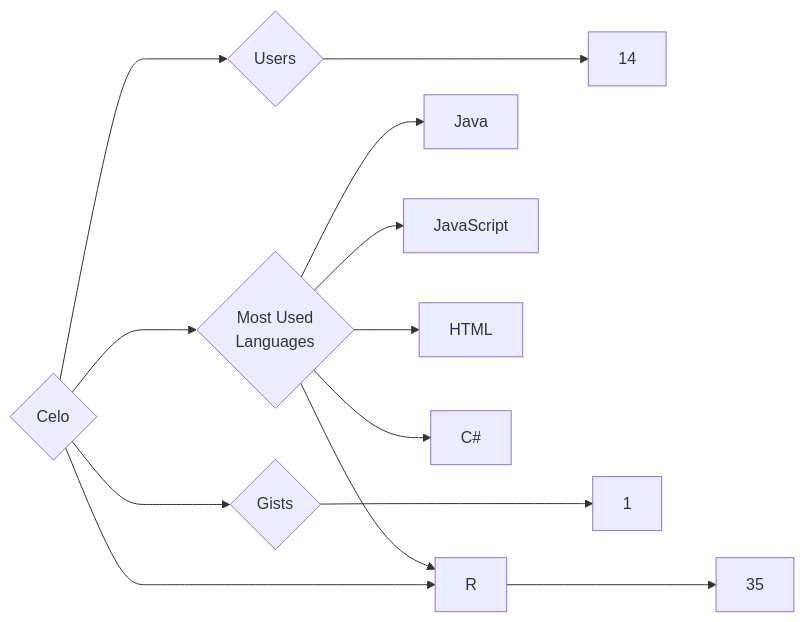
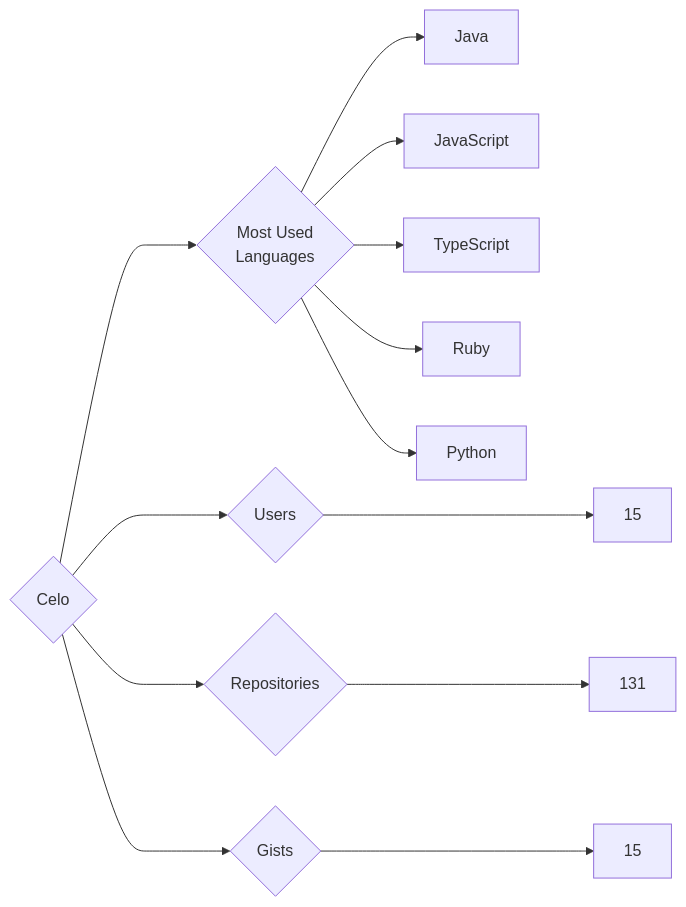
Before and after one commit to trickest/insiders: the diagram in targets/Celo/README.md, drawn with Mermaid. The commit also changed 944 other files, not shown here.

````diff
--- a/targets/Celo/README.md
+++ b/targets/Celo/README.md
@@ -3,13 +3,13 @@
 ```mermaid
 graph LR
 COMPANY_NAME{Celo}
-COMPANY_NAME ---> U{Users} ---> UN[14]
-COMPANY_NAME ---> R{Repositories} ---> RN[35]
-COMPANY_NAME ---> G{Gists} ---> GN[1]
+COMPANY_NAME ---> U{Users} ---> UN[15]
+COMPANY_NAME ---> R{Repositories} ---> RN[131]
+COMPANY_NAME ---> G{Gists} ---> GN[15]
 COMPANY_NAME ---> ML{Most Used<br>Languages}
 ML --> Java[Java]
 ML --> JavaScript[JavaScript]
-ML --> HTML[HTML]
-ML --> R[R]
-ML --> C#[C#]
+ML --> TypeScript[TypeScript]
+ML --> Ruby[Ruby]
+ML --> Python[Python]
 ```
````
